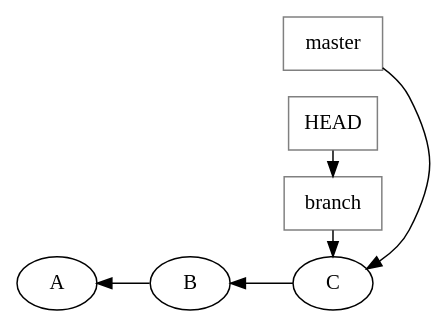
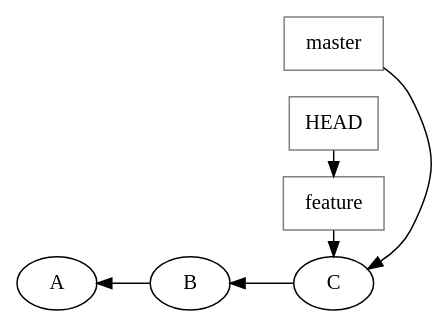
The diagram in graphs/branching3.gv (maartenberg/gitgud), drawn with Graphviz before and after one commit. The commit also changed 20 other files, not shown here.

```diff
--- a/graphs/branching3.gv
+++ b/graphs/branching3.gv
@@ -1,11 +1,11 @@
 digraph repo {
 	rankdir="RL";
 	C -> B;
 	B -> A;
 	node [rank=3,shape=box, color=grey] master;
-	node [rank=3,shape=box, color=grey] branch;
+	node [rank=3,shape=box, color=grey] feature;
 	master -> C;
-	HEAD -> branch;
-	branch -> C;
-	{ rank = same; branch; C; master; HEAD;}
+	HEAD -> feature;
+	feature -> C;
+	{ rank = same; feature; C; master; HEAD;}
 }
```
